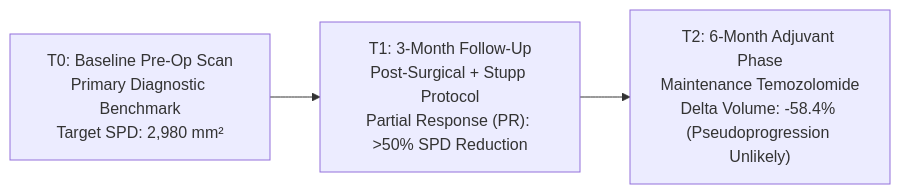
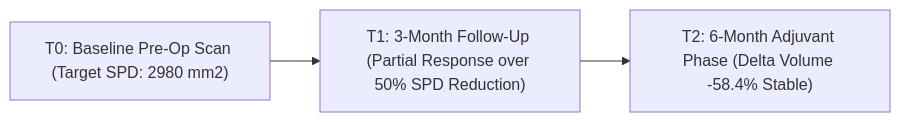
The fifth of 5 diagrams in README.md (kailash6207/Brain_Tumor), drawn with Mermaid before and after one commit. The commit also changed other lines of this file, not shown here.

Commit message:
docs: remove classDef rgba rules for universal Mermaid compatibility

````diff
--- a/README.md
+++ b/README.md
@@ -155,5 +155,5 @@
 ```mermaid
 flowchart LR
-    T0["T0: Baseline Pre-Op Scan<br/>Primary Diagnostic Benchmark<br/>Target SPD: 2,980 mm²"] --> T1["T1: 3-Month Follow-Up<br/>Post-Surgical + Stupp Protocol<br/>Partial Response (PR): >50% SPD Reduction"]
-    T1 --> T2["T2: 6-Month Adjuvant Phase<br/>Maintenance Temozolomide<br/>Delta Volume: -58.4% (Pseudoprogression Unlikely)"]
+    T0["T0: Baseline Pre-Op Scan (Target SPD: 2980 mm2)"] --> T1["T1: 3-Month Follow-Up (Partial Response over 50% SPD Reduction)"]
+    T1 --> T2["T2: 6-Month Adjuvant Phase (Delta Volume -58.4% Stable)"]
 ```
````
